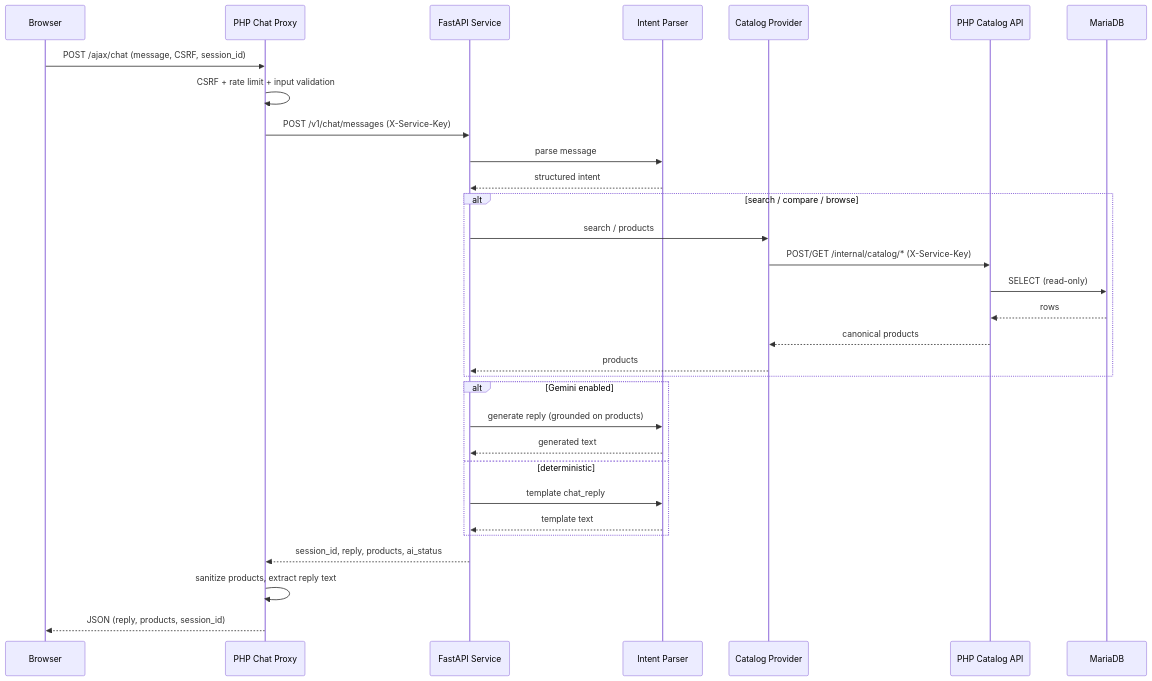
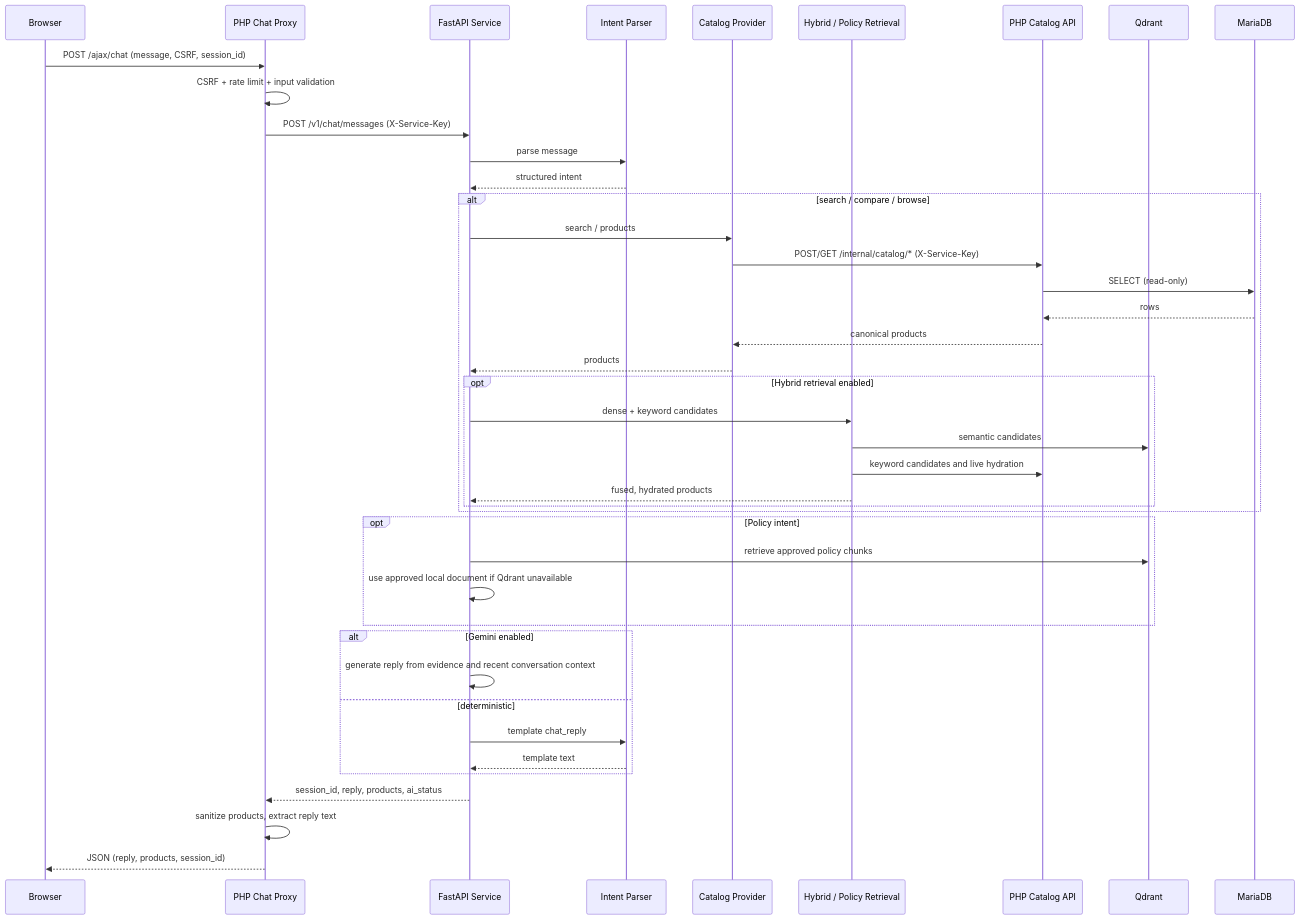
One commit to Salahalfeqy/SouqSmart-AI changed the diagram in docs/architecture.md. Above: the diagram before and after it, drawn with Mermaid. The commit also changed other lines of this file and 48 other files, not shown here.

````diff
--- a/docs/architecture.md
+++ b/docs/architecture.md
@@ -24,34 +26,45 @@
 ```mermaid
 sequenceDiagram
     participant Browser
     participant PHP as PHP Chat Proxy
     participant FastAPI as FastAPI Service
     participant Intent as Intent Parser
     participant Catalog as Catalog Provider
+    participant RAG as Hybrid / Policy Retrieval
     participant PHPcat as PHP Catalog API
+    participant Qdrant as Qdrant
     participant DB as MariaDB
 
     Browser->>PHP: POST /ajax/chat (message, CSRF, session_id)
     PHP->>PHP: CSRF + rate limit + input validation
     PHP->>FastAPI: POST /v1/chat/messages (X-Service-Key)
     FastAPI->>Intent: parse message
     Intent-->>FastAPI: structured intent
     alt search / compare / browse
         FastAPI->>Catalog: search / products
         Catalog->>PHPcat: POST/GET /internal/catalog/* (X-Service-Key)
         PHPcat->>DB: SELECT (read-only)
         DB-->>PHPcat: rows
         PHPcat-->>Catalog: canonical products
         Catalog-->>FastAPI: products
+        opt Hybrid retrieval enabled
+            FastAPI->>RAG: dense + keyword candidates
+            RAG->>Qdrant: semantic candidates
+            RAG->>PHPcat: keyword candidates and live hydration
+            RAG-->>FastAPI: fused, hydrated products
+        end
+    end
+    opt Policy intent
+        FastAPI->>Qdrant: retrieve approved policy chunks
+        FastAPI->>FastAPI: use approved local document if Qdrant unavailable
     end
     alt Gemini enabled
-        FastAPI->>Intent: generate reply (grounded on products)
-        Intent-->>FastAPI: generated text
+        FastAPI->>FastAPI: generate reply from evidence and recent conversation context
     else deterministic
         FastAPI->>Intent: template chat_reply
         Intent-->>FastAPI: template text
     end
     FastAPI-->>PHP: session_id, reply, products, ai_status
     PHP->>PHP: sanitize products, extract reply text
     PHP-->>Browser: JSON (reply, products, session_id)
 ```
````
